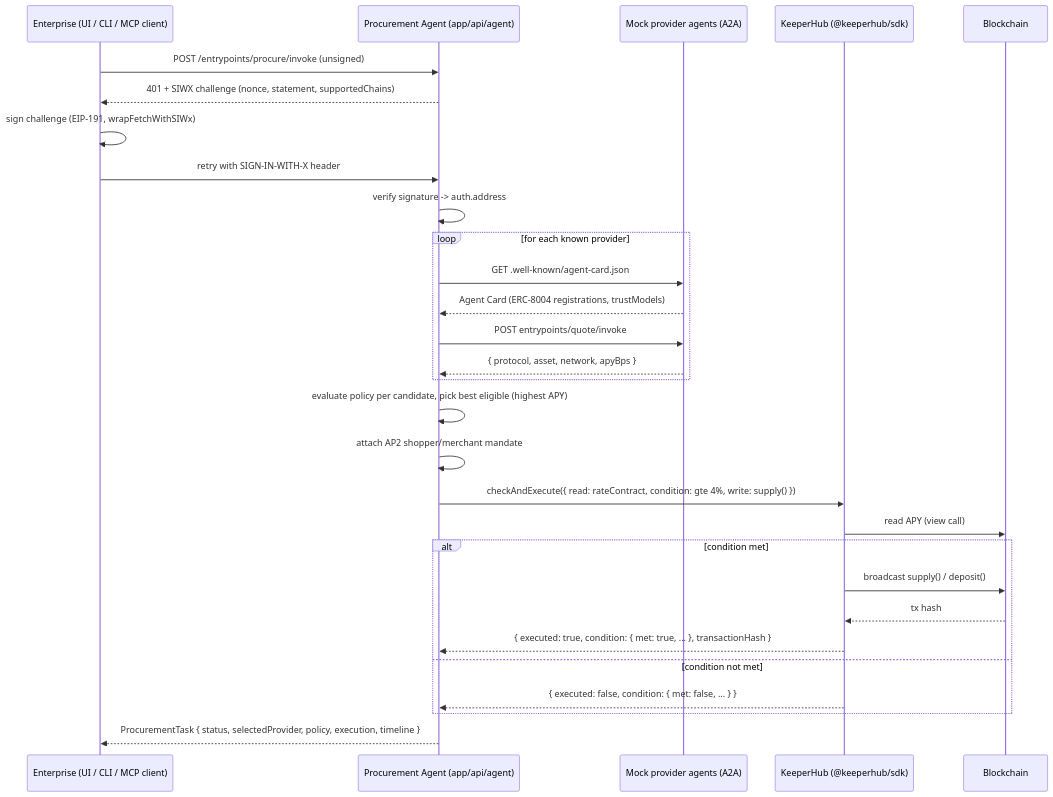
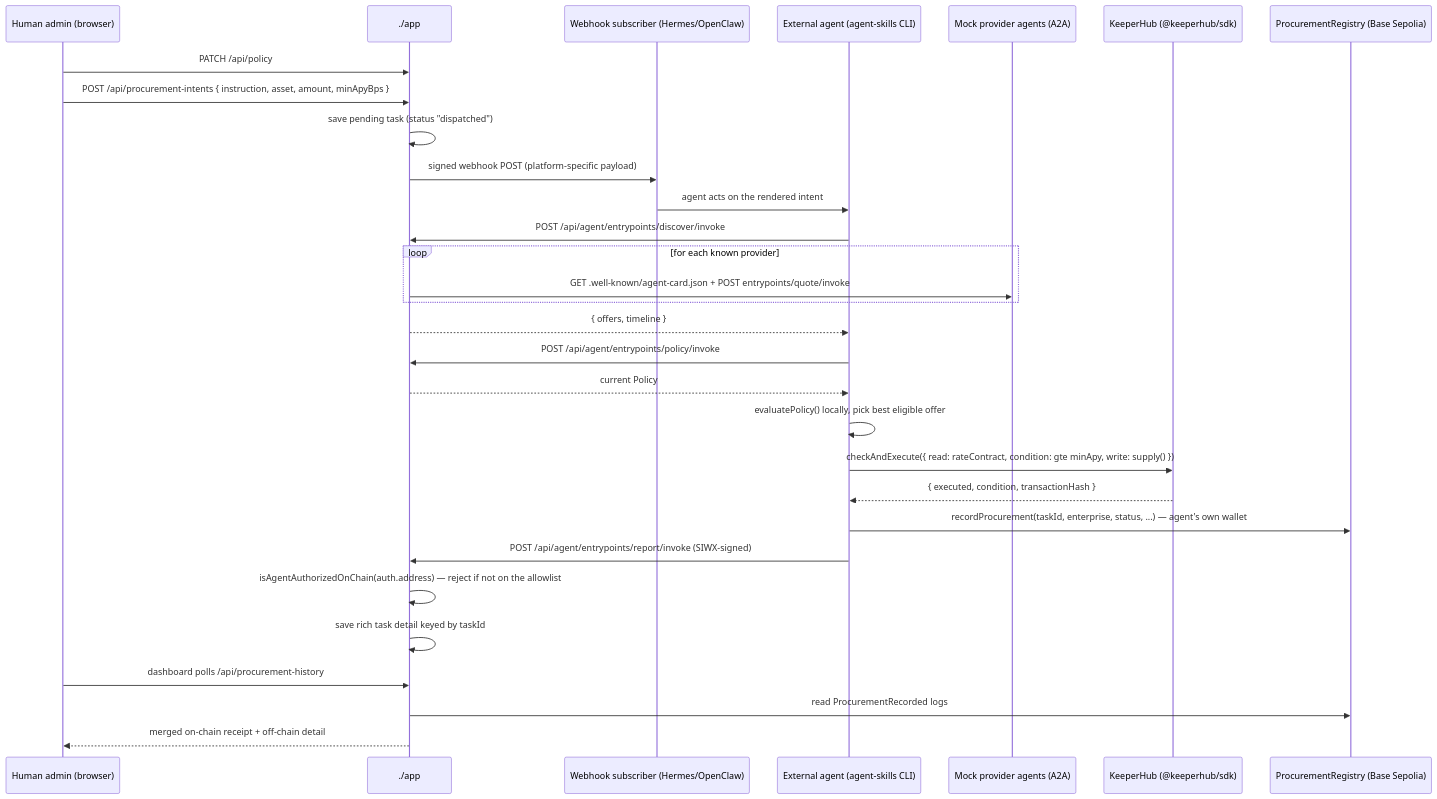
The second of 2 diagrams in app/README.md (masaun/enterprise-procurement-agent-platform), drawn with Mermaid before and after one commit. The commit also changed other lines of this file and 1158 other files, not shown here.

````diff
--- a/app/README.md
+++ b/app/README.md
@@ -64,32 +84,33 @@
 ```mermaid
 sequenceDiagram
-    participant E as Enterprise (UI / CLI / MCP client)
-    participant A as Procurement Agent (app/api/agent)
-    participant P as Mock provider agents (A2A)
+    participant H as Human admin (browser)
+    participant P as ./app
+    participant W as Webhook subscriber (Hermes/OpenClaw)
+    participant A as External agent (agent-skills CLI)
+    participant M as Mock provider agents (A2A)
     participant K as KeeperHub (@keeperhub/sdk)
-    participant B as Blockchain
+    participant C as ProcurementRegistry (Base Sepolia)
 
-    E->>A: POST /entrypoints/procure/invoke (unsigned)
-    A-->>E: 401 + SIWX challenge (nonce, statement, supportedChains)
-    E->>E: sign challenge (EIP-191, wrapFetchWithSIWx)
-    E->>A: retry with SIGN-IN-WITH-X header
-    A->>A: verify signature -> auth.address
+    H->>P: PATCH /api/policy
+    H->>P: POST /api/procurement-intents { instruction, asset, amount, minApyBps }
+    P->>P: save pending task (status "dispatched")
+    P->>W: signed webhook POST (platform-specific payload)
+    W->>A: agent acts on the rendered intent
+    A->>P: POST /api/agent/entrypoints/discover/invoke
     loop for each known provider
-        A->>P: GET .well-known/agent-card.json
-        P-->>A: Agent Card (ERC-8004 registrations, trustModels)
-        A->>P: POST entrypoints/quote/invoke
-        P-->>A: { protocol, asset, network, apyBps }
+        P->>M: GET .well-known/agent-card.json + POST entrypoints/quote/invoke
     end
-    A->>A: evaluate policy per candidate, pick best eligible (highest APY)
-    A->>A: attach AP2 shopper/merchant mandate
-    A->>K: checkAndExecute({ read: rateContract, condition: gte 4%, write: supply() })
-    K->>B: read APY (view call)
-    alt condition met
-        K->>B: broadcast supply() / deposit()
-        B-->>K: tx hash
-        K-->>A: { executed: true, condition: { met: true, ... }, transactionHash }
-    else condition not met
-        K-->>A: { executed: false, condition: { met: false, ... } }
-    end
-    A-->>E: ProcurementTask { status, selectedProvider, policy, execution, timeline }
+    P-->>A: { offers, timeline }
+    A->>P: POST /api/agent/entrypoints/policy/invoke
+    P-->>A: current Policy
+    A->>A: evaluatePolicy() locally, pick best eligible offer
+    A->>K: checkAndExecute({ read: rateContract, condition: gte minApy, write: supply() })
+    K-->>A: { executed, condition, transactionHash }
+    A->>C: recordProcurement(taskId, enterprise, status, ...) — agent's own wallet
+    A->>P: POST /api/agent/entrypoints/report/invoke (SIWX-signed)
+    P->>P: isAgentAuthorizedOnChain(auth.address) — reject if not on the allowlist
+    P->>P: save rich task detail keyed by taskId
+    H->>P: dashboard polls /api/procurement-history
+    P->>C: read ProcurementRecorded logs
+    P-->>H: merged on-chain receipt + off-chain detail
 ```
````
